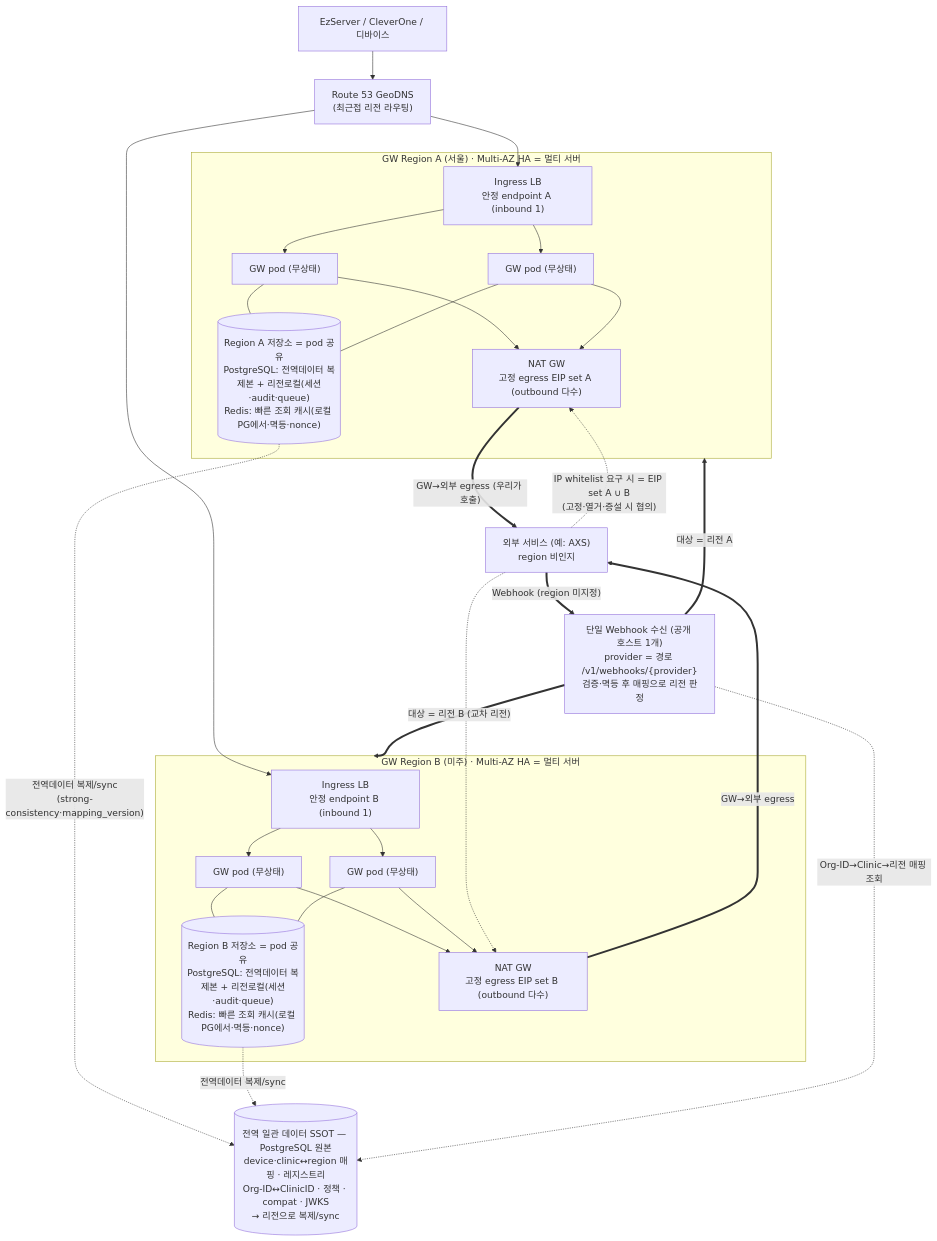
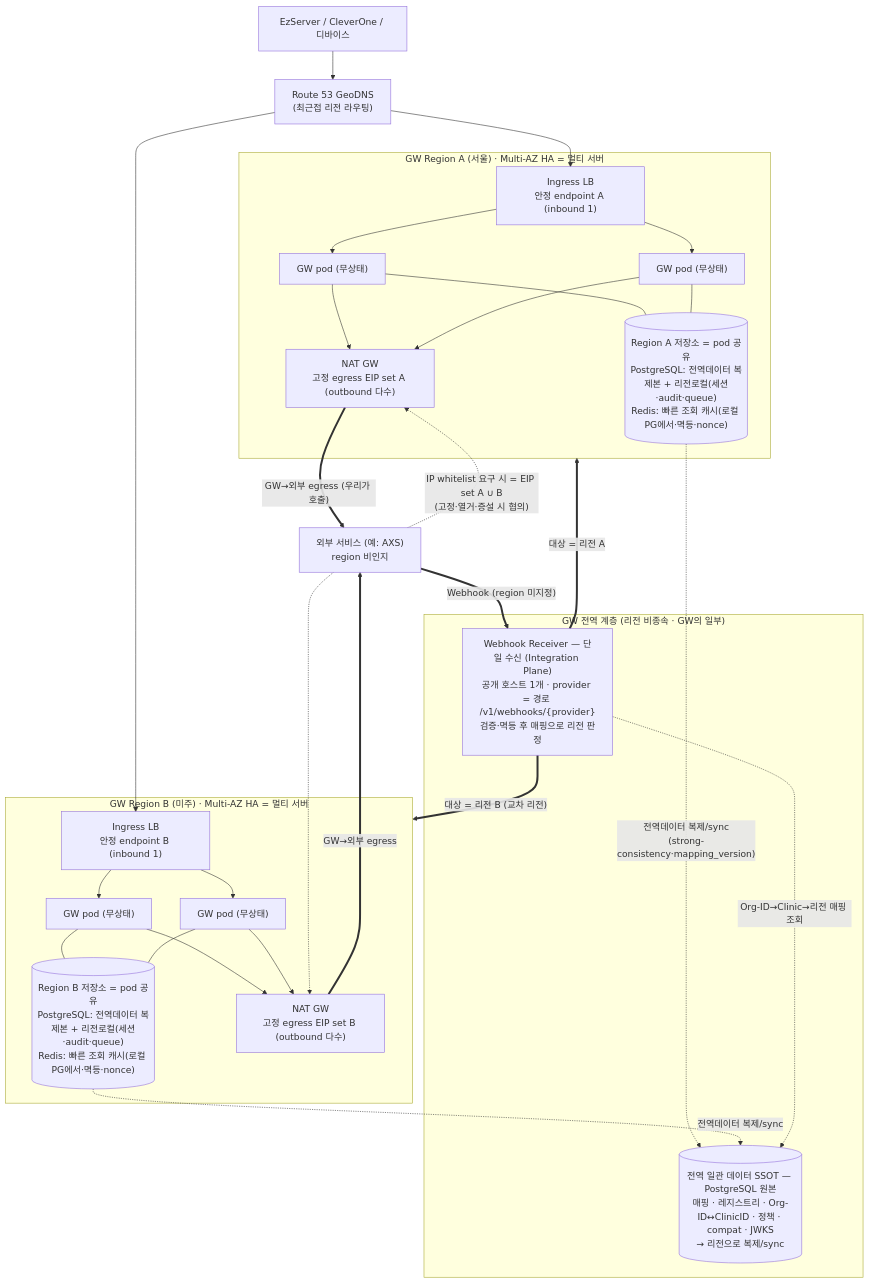
Before and after one commit to gracegyu/scp-architecture: the second of 10 diagrams in docs/VT_API_Gateway/08.VT_API_Gateway/specs/03-srs-gateway/SRS.md, drawn with Mermaid. The commit also changed other lines of this file and 2 other files, not shown here.

Commit message:
문서 업데이트: VT API Gateway의 SRS 문서에 ADR-11(라우팅 모델: target-routed proxy) 및 Router/PEP 컴포넌트 등록을 추가하여 시스템 설계의 일관성을 강화하였습니다. 또한, Webhook Receiver의 역할과 데이터 흐름을 명확히 하여 외부 연동의 신뢰성을 높였습니다. settings.local.json 파일을 추가하여 Bash 명령어에 대한 권한 설정을 정의하였습니다.

````diff
--- a/docs/VT_API_Gateway/08.VT_API_Gateway/specs/03-srs-gateway/SRS.md
+++ b/docs/VT_API_Gateway/08.VT_API_Gateway/specs/03-srs-gateway/SRS.md
@@ -176,54 +186,56 @@
 ```mermaid
 flowchart TB
     EZ["EzServer / CleverOne / 디바이스"]
     R53["Route 53 GeoDNS<br/>(최근접 리전 라우팅)"]
     EZ --> R53
 
-    GLOBAL[("전역 일관 데이터 SSOT — PostgreSQL 원본<br/>device·clinic↔region 매핑 · 레지스트리<br/>Org-ID↔ClinicID · 정책 · compat · JWKS<br/>→ 리전으로 복제/sync")]
+    subgraph GTIER["GW 전역 계층 (리전 비종속 · GW의 일부)"]
+        WHIN["Webhook Receiver — 단일 수신 (Integration Plane)<br/>공개 호스트 1개 · provider = 경로 /v1/webhooks/{provider}<br/>검증·멱등 후 매핑으로 리전 판정"]
+        GLOBAL[("전역 일관 데이터 SSOT — PostgreSQL 원본<br/>매핑 · 레지스트리 · Org-ID↔ClinicID · 정책 · compat · JWKS<br/>→ 리전으로 복제/sync")]
+    end
 
     subgraph RA["GW Region A (서울) · Multi-AZ HA = 멀티 서버"]
         LBA["Ingress LB<br/>안정 endpoint A (inbound 1)"]
         GA1["GW pod (무상태)"]
         GA2["GW pod (무상태)"]
         STA[("Region A 저장소 = pod 공유<br/>PostgreSQL: 전역데이터 복제본 + 리전로컬(세션·audit·queue)<br/>Redis: 빠른 조회 캐시(로컬 PG에서·멱등·nonce)")]
         NATA["NAT GW<br/>고정 egress EIP set A (outbound 다수)"]
         LBA --> GA1
         LBA --> GA2
         GA1 --- STA
         GA2 --- STA
         GA1 --> NATA
         GA2 --> NATA
     end
 
     subgraph RB["GW Region B (미주) · Multi-AZ HA = 멀티 서버"]
         LBB["Ingress LB<br/>안정 endpoint B (inbound 1)"]
         GB1["GW pod (무상태)"]
         GB2["GW pod (무상태)"]
         STB[("Region B 저장소 = pod 공유<br/>PostgreSQL: 전역데이터 복제본 + 리전로컬(세션·audit·queue)<br/>Redis: 빠른 조회 캐시(로컬 PG에서·멱등·nonce)")]
         NATB["NAT GW<br/>고정 egress EIP set B (outbound 다수)"]
         LBB --> GB1
         LBB --> GB2
         GB1 --- STB
         GB2 --- STB
         GB1 --> NATB
         GB2 --> NATB
     end
 
     R53 --> LBA
     R53 --> LBB
 
     STA -.->|"전역데이터 복제/sync<br/>(strong-consistency·mapping_version)"| GLOBAL
     STB -.->|"전역데이터 복제/sync"| GLOBAL
 
     EXT["외부 서비스 (예: AXS)<br/>region 비인지"]
     NATA ==>|"GW→외부 egress (우리가 호출)"| EXT
     NATB ==>|"GW→외부 egress"| EXT
     EXT -.->|"IP whitelist 요구 시 = EIP set A ∪ B<br/>(고정·열거·증설 시 협의)"| NATA
     EXT -.-> NATB
 
-    WHIN["단일 Webhook 수신 (공개 호스트 1개)<br/>provider = 경로 /v1/webhooks/{provider}<br/>검증·멱등 후 매핑으로 리전 판정"]
     EXT ==>|"Webhook (region 미지정)"| WHIN
     WHIN -.->|"Org-ID→Clinic→리전 매핑 조회"| GLOBAL
     WHIN ==>|"대상 = 리전 A"| RA
     WHIN ==>|"대상 = 리전 B (교차 리전)"| RB
 ```
````
